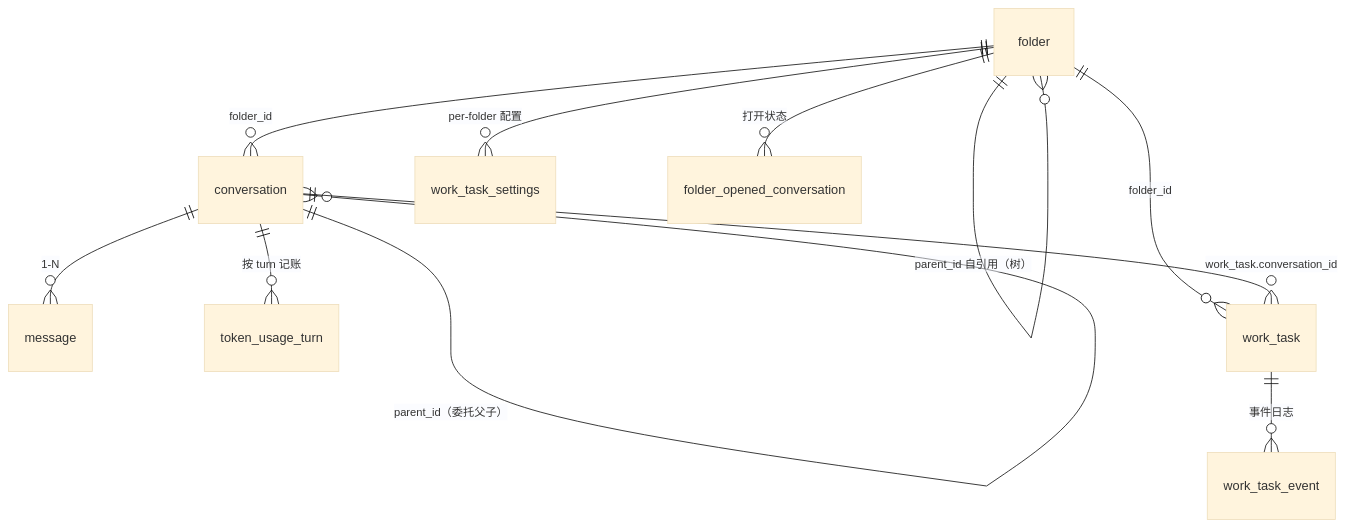
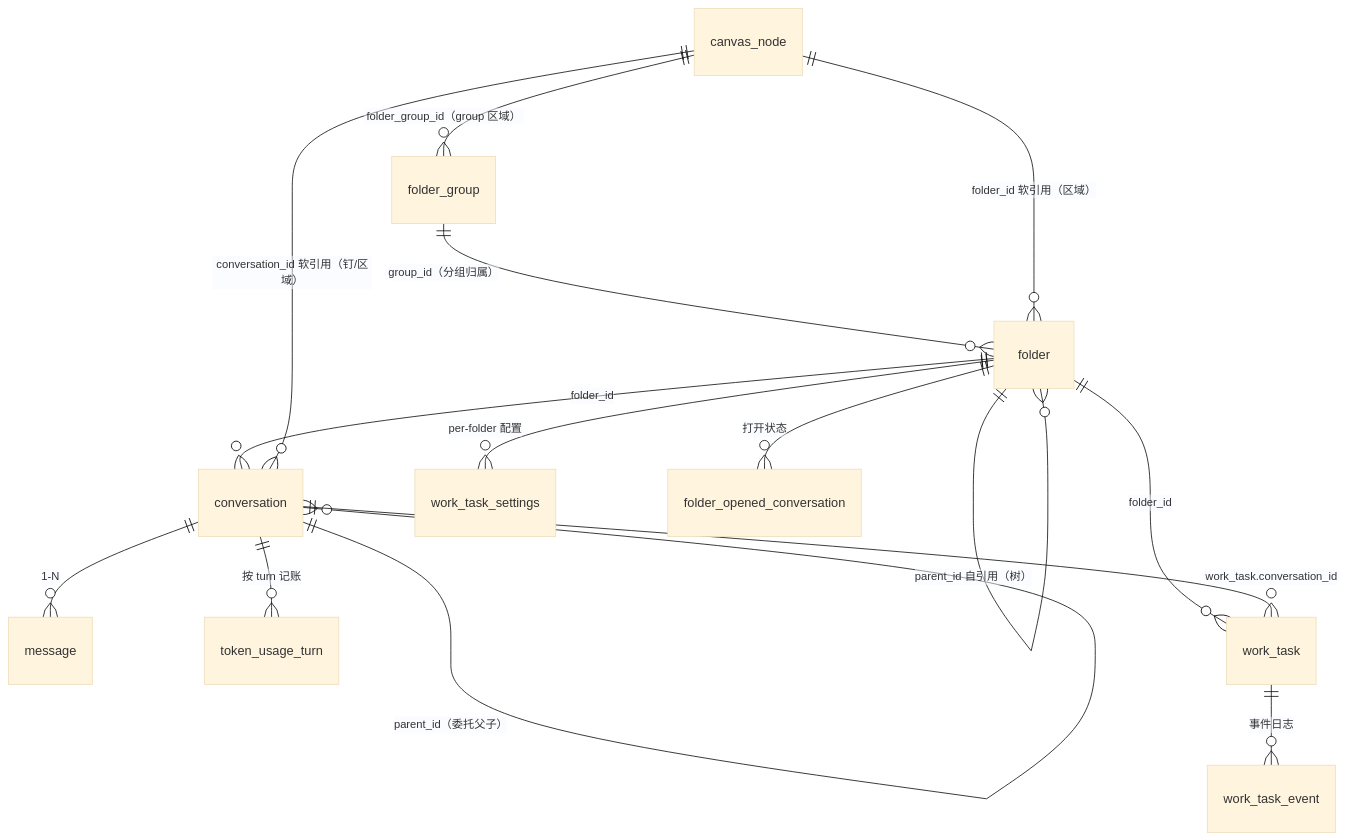
One commit to morehao/oss-insights changed the first of 2 diagrams in ai-agent/codeg/data-model.md. Above: the diagram before and after it, drawn with Mermaid (base theme). The commit also changed other lines of this file and 9 other files, not shown here.

````diff
--- a/ai-agent/codeg/data-model.md
+++ b/ai-agent/codeg/data-model.md
@@ -27,14 +27,18 @@
 ```mermaid
 erDiagram
     folder ||--o{ folder : "parent_id 自引用（树）"
     folder ||--o{ conversation : "folder_id"
     conversation ||--o{ conversation : "parent_id（委托父子）"
     conversation ||--o{ message : "1-N"
     conversation ||--o{ token_usage_turn : "按 turn 记账"
     folder ||--o{ work_task : "folder_id"
     work_task ||--o{ work_task_event : "事件日志"
     conversation ||--o{ work_task : "work_task.conversation_id"
     folder ||--o{ work_task_settings : "per-folder 配置"
     folder ||--o{ folder_opened_conversation : "打开状态"
+    folder_group ||--o{ folder : "group_id（分组归属）"
+    canvas_node ||--o{ folder : "folder_id 软引用（区域）"
+    canvas_node ||--o{ conversation : "conversation_id 软引用（钉/区域）"
+    canvas_node ||--o{ folder_group : "folder_group_id（group 区域）"
 
 ```
````
